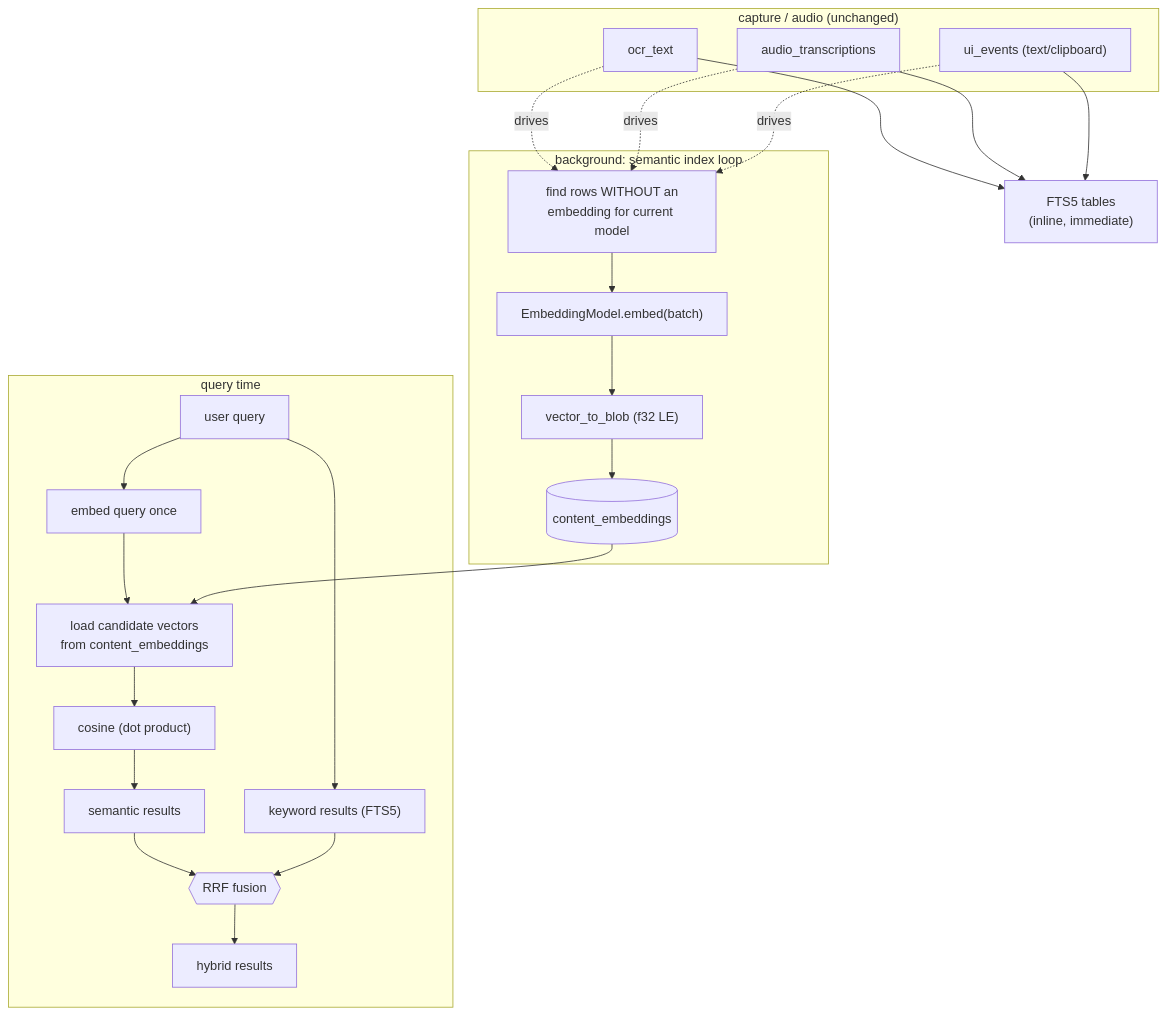
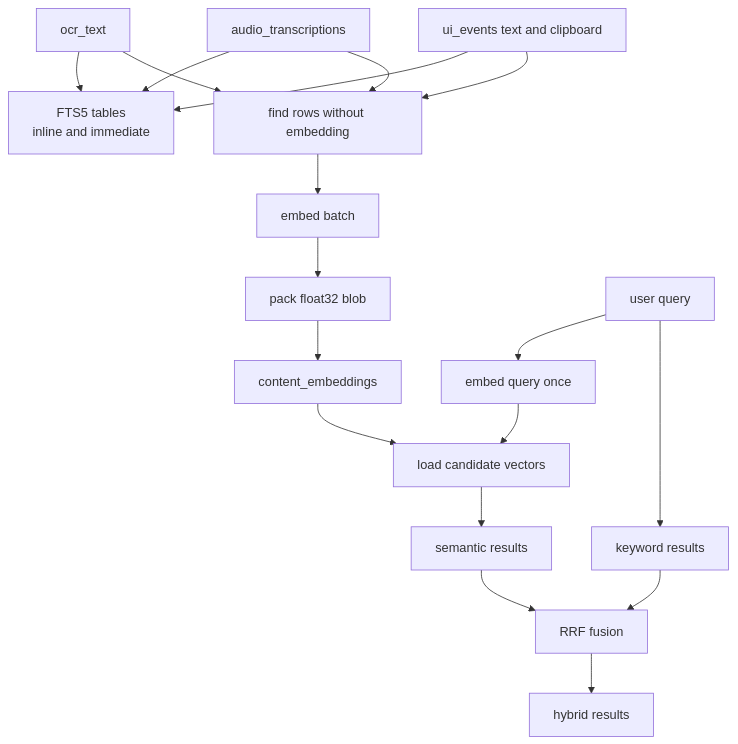
The first of 3 diagrams in docs/06-search.md (zhaohb/deskmate), drawn with Mermaid before and after one commit. The commit also changed other lines of this file and 2 other files, not shown here.

Commit message:
clarify hybrid retrieval

````diff
--- a/docs/06-search.md
+++ b/docs/06-search.md
@@ -31,28 +25,22 @@
 ```mermaid
 flowchart TB
-    subgraph Capture["capture / audio (unchanged)"]
-        OCR["ocr_text"]
-        TR["audio_transcriptions"]
-        UI["ui_events (text/clipboard)"]
-    end
-    OCR & TR & UI --> FTS["FTS5 tables<br/>(inline, immediate)"]
+   OCR["ocr_text"] --> FTS["FTS5 tables<br/>inline and immediate"]
+   TR["audio_transcriptions"] --> FTS
+   UI["ui_events text and clipboard"] --> FTS
 
-    subgraph Indexing["background: semantic index loop"]
-        FIND["find rows WITHOUT an<br/>embedding for current model"]
-        EMB["EmbeddingModel.embed(batch)"]
-        BLOB["vector_to_blob (f32 LE)"]
-        FIND --> EMB --> BLOB --> CE[("content_embeddings")]
-    end
-    OCR & TR & UI -. drives .-> FIND
+   OCR --> FIND["find rows without embedding"]
+   TR --> FIND
+   UI --> FIND
+   FIND --> EMB["embed batch"]
+   EMB --> BLOB["pack float32 blob"]
+   BLOB --> CE["content_embeddings"]
 
-    subgraph Query["query time"]
-        Q["user query"] --> QEMB["embed query once"]
-        QEMB --> SCAN["load candidate vectors<br/>from content_embeddings"]
-        CE --> SCAN
-        SCAN --> SIM["cosine (dot product)"]
-        SIM --> SEMR["semantic results"]
-        Q --> KWR["keyword results (FTS5)"]
-        SEMR & KWR --> RRF{{"RRF fusion"}}
-        RRF --> OUT["hybrid results"]
-    end
+   Q["user query"] --> QEMB["embed query once"]
+   QEMB --> SCAN["load candidate vectors"]
+   CE --> SCAN
+   SCAN --> SEMR["semantic results"]
+   Q --> KWR["keyword results"]
+   SEMR --> RRF["RRF fusion"]
+   KWR --> RRF
+   RRF --> OUT["hybrid results"]
 ```
````
